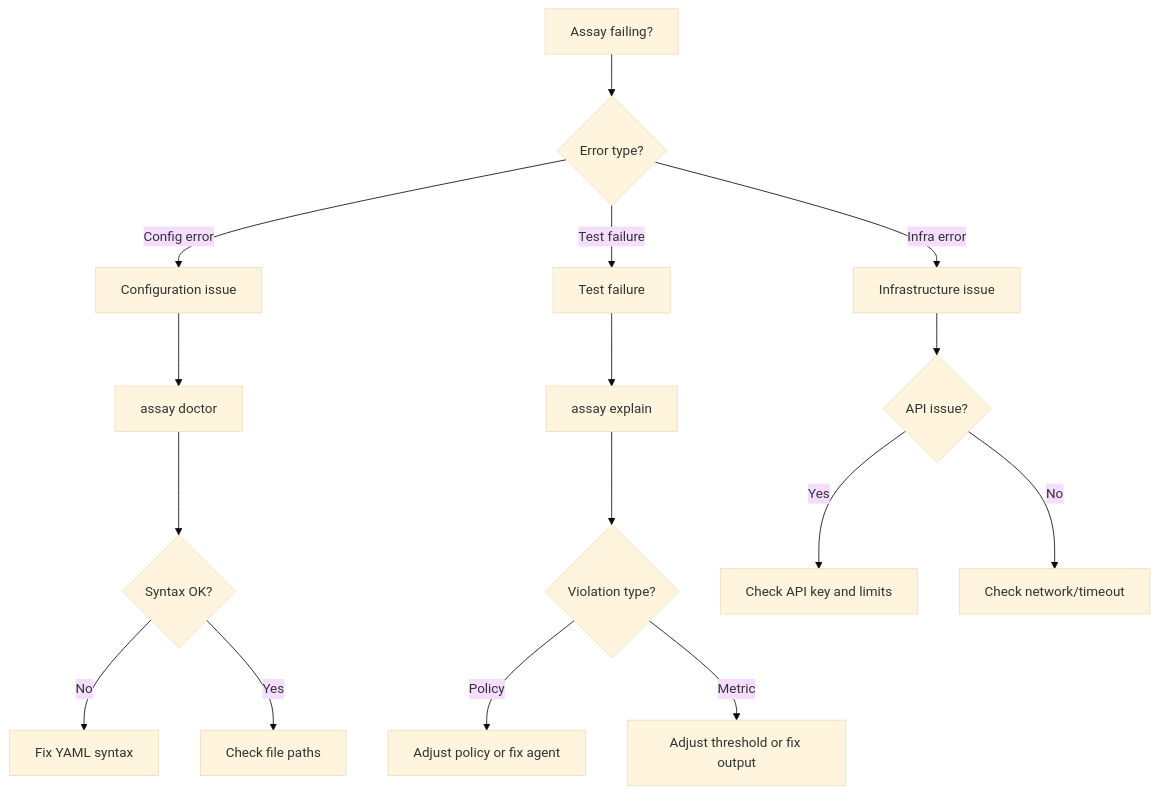
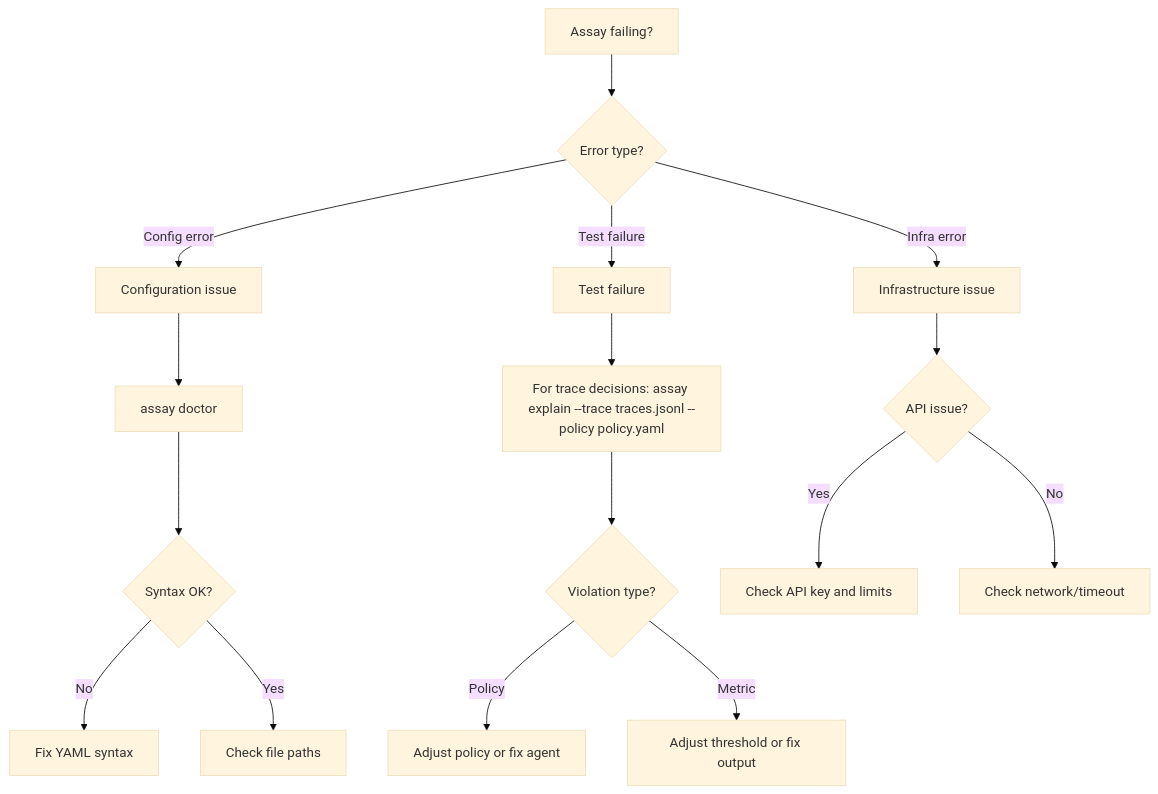
The sixth of 7 diagrams in docs/AIcontext/decision-trees.md (Rul1an/assay), drawn with Mermaid (base theme) before and after one commit. The commit also changed other lines of this file and 3 other files, not shown here.

````diff
--- a/docs/AIcontext/decision-trees.md
+++ b/docs/AIcontext/decision-trees.md
@@ -129,21 +136,21 @@
 ```mermaid
 flowchart TD
     START[Assay failing?] --> TYPE{Error type?}
 
     TYPE -->|Config error| CONFIG_DEBUG[Configuration issue]
     CONFIG_DEBUG --> DOCTOR[assay doctor]
     DOCTOR --> SYNTAX{Syntax OK?}
     SYNTAX -->|No| FIX_YAML[Fix YAML syntax]
     SYNTAX -->|Yes| PATHS[Check file paths]
 
     TYPE -->|Test failure| TEST_DEBUG[Test failure]
-    TEST_DEBUG --> EXPLAIN[assay explain]
+    TEST_DEBUG --> EXPLAIN[For trace decisions: assay explain --trace traces.jsonl --policy policy.yaml]
     EXPLAIN --> VIOLATION{Violation type?}
     VIOLATION -->|Policy| POLICY_FIX[Adjust policy or fix agent]
     VIOLATION -->|Metric| METRIC_FIX[Adjust threshold or fix output]
 
     TYPE -->|Infra error| INFRA_DEBUG[Infrastructure issue]
     INFRA_DEBUG --> API{API issue?}
     API -->|Yes| CHECK_KEY[Check API key and limits]
     API -->|No| NETWORK[Check network/timeout]
 ```
````
